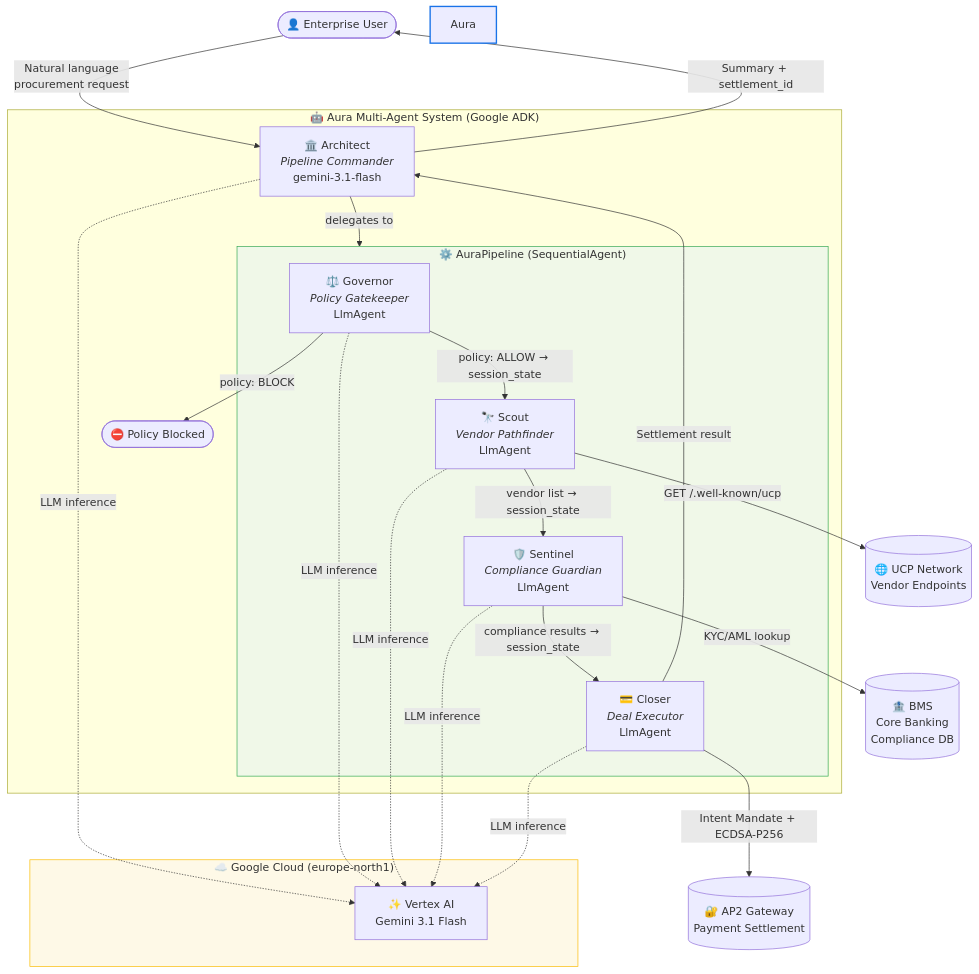
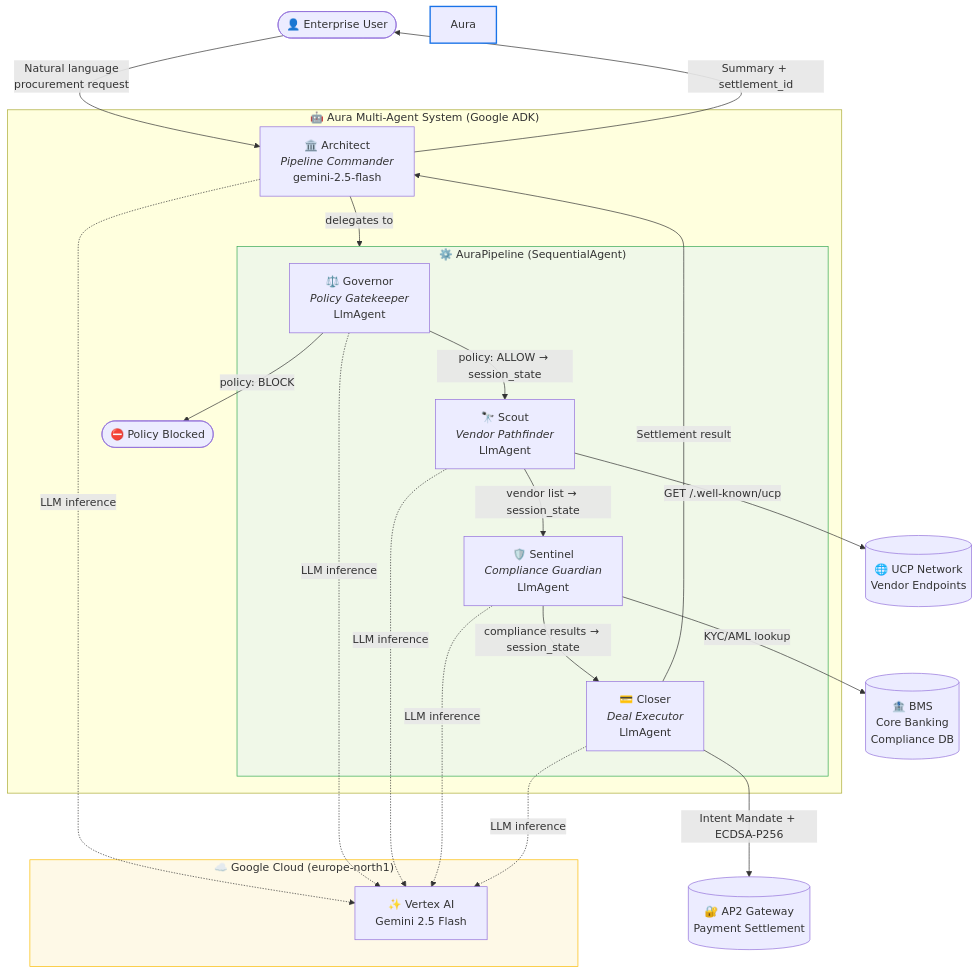
One commit to shailwx/aura changed the diagram in docs/ARCHITECTURE.md. Above: the diagram before and after it, drawn with Mermaid. The commit also changed other lines of this file and 17 other files, not shown here.

Commit message:
chore: switch model to gemini-2.5-flash across all agents, config, and docs

````diff
--- a/docs/ARCHITECTURE.md
+++ b/docs/ARCHITECTURE.md
@@ -11,42 +11,42 @@
 ```mermaid
 graph TD
     User([👤 Enterprise User]) -->|Natural language<br/>procurement request| Architect
 
     subgraph Aura MAS ["🤖 Aura Multi-Agent System (Google ADK)"]
-        Architect["🏛️ Architect<br/><i>Pipeline Commander</i><br/>gemini-3.1-flash"]
+        Architect["🏛️ Architect<br/><i>Pipeline Commander</i><br/>gemini-2.5-flash"]
 
         subgraph Pipeline ["⚙️ AuraPipeline (SequentialAgent)"]
             Governor["⚖️ Governor<br/><i>Policy Gatekeeper</i><br/>LlmAgent"]
             Scout["🔭 Scout<br/><i>Vendor Pathfinder</i><br/>LlmAgent"]
             Sentinel["🛡️ Sentinel<br/><i>Compliance Guardian</i><br/>LlmAgent"]
             Closer["💳 Closer<br/><i>Deal Executor</i><br/>LlmAgent"]
         end
 
         Architect -->|delegates to| Pipeline
         Governor -->|policy: ALLOW → session_state| Scout
         Governor -->|policy: BLOCK| PolicyBlocked(["⛔ Policy Blocked"])
         Scout -->|vendor list → session_state| Sentinel
         Sentinel -->|compliance results → session_state| Closer
     end
 
     Scout -->|GET /.well-known/ucp| UCP[("🌐 UCP Network<br/>Vendor Endpoints")]
     Sentinel -->|KYC/AML lookup| BMS[("🏦 BMS<br/>Core Banking<br/>Compliance DB")]
     Closer -->|Intent Mandate + ECDSA-P256| AP2[("🔐 AP2 Gateway<br/>Payment Settlement")]
 
     Closer -->|Settlement result| Architect
     Architect -->|Summary + settlement_id| User
 
     subgraph GCP ["☁️ Google Cloud (europe-north1)"]
-        VertexAI["✨ Vertex AI<br/>Gemini 3.1 Flash"]
+        VertexAI["✨ Vertex AI<br/>Gemini 2.5 Flash"]
     end
 
     Architect -.->|LLM inference| VertexAI
     Governor -.->|LLM inference| VertexAI
     Scout -.->|LLM inference| VertexAI
     Sentinel -.->|LLM inference| VertexAI
     Closer -.->|LLM inference| VertexAI
 
     style Aura MAS fill:#e8f4f8,stroke:#1a73e8,stroke-width:2px
     style Pipeline fill:#f0f8e8,stroke:#34a853,stroke-width:1px
     style GCP fill:#fef9e7,stroke:#fbbc04,stroke-width:1px
 ```
````
